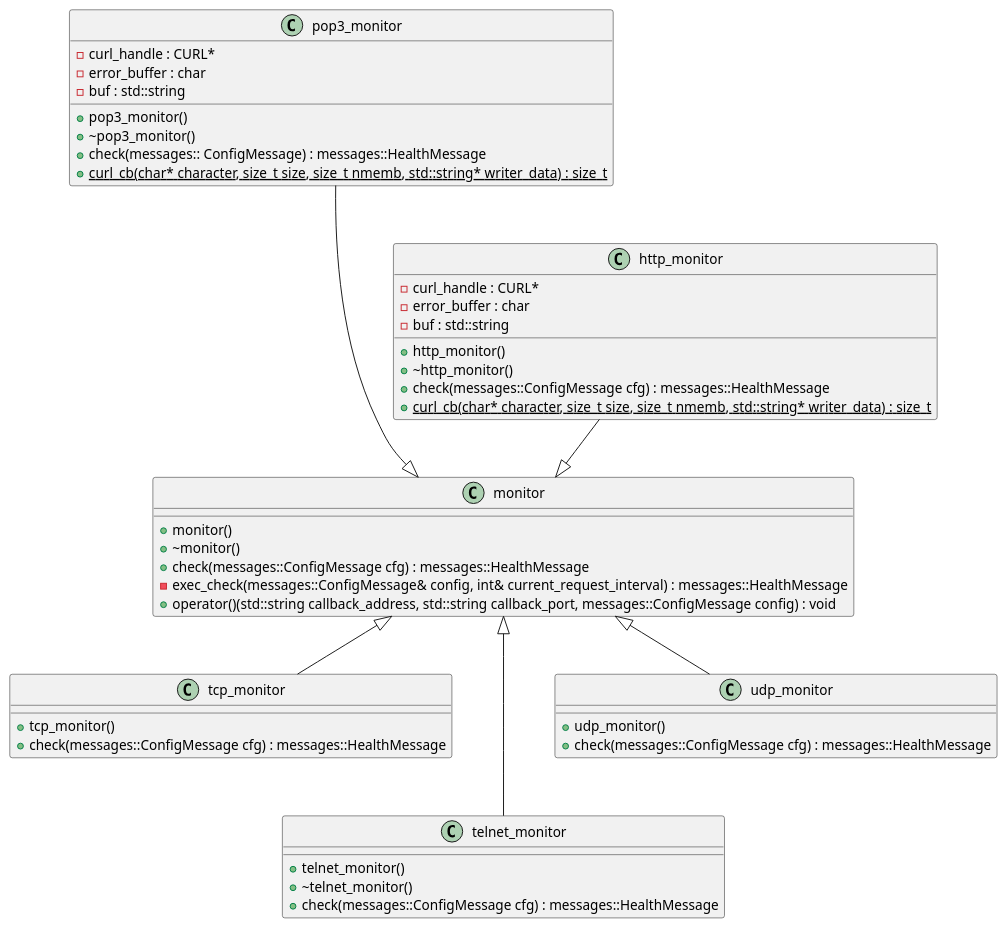
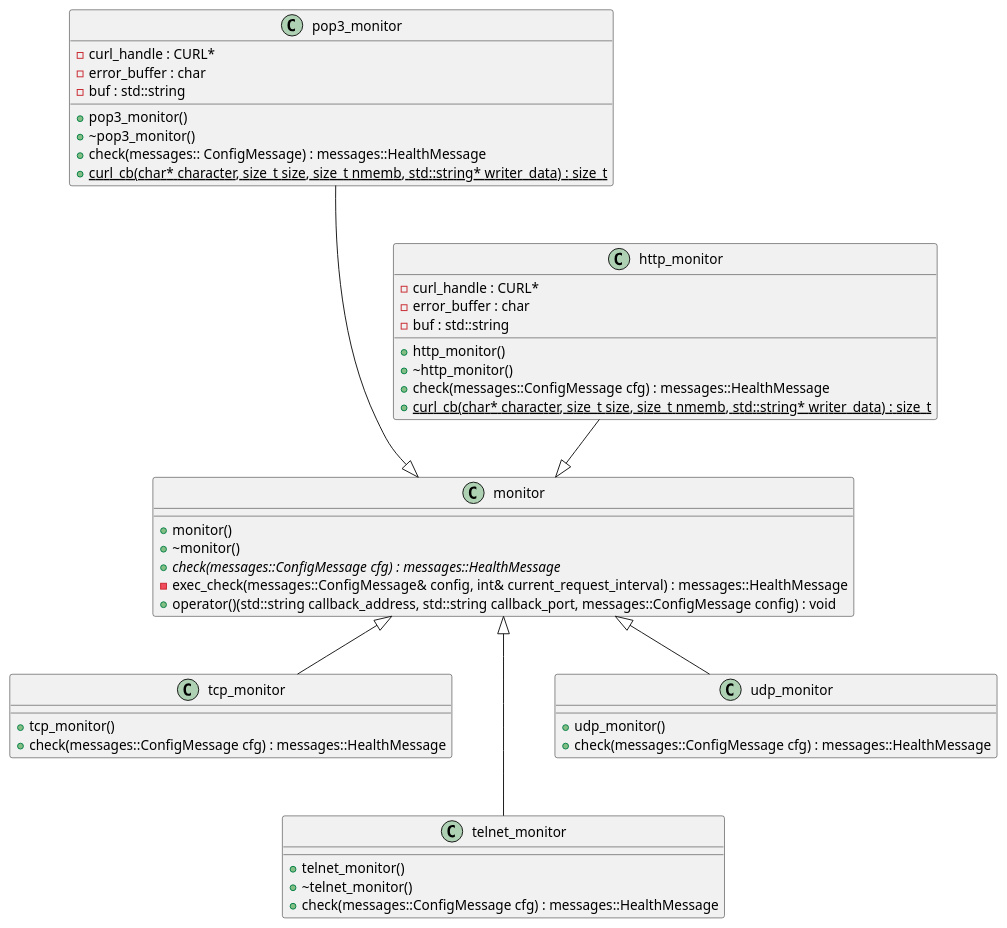
One commit to koenigsreiter/cpp_monitoring changed the diagram in ausarbeitung/UMLs/monitor_variations.puml. Above: the diagram before and after it, drawn with PlantUML. The commit also changed 8 other files, not shown here.

First line of the commit message:
Adds documentation to client & reworks the activity diagram

```diff
--- a/ausarbeitung/UMLs/monitor_variations.puml
+++ b/ausarbeitung/UMLs/monitor_variations.puml
@@ -1,62 +1,62 @@
 @startuml monitor_variations
 
 /' Objects '/
 
 class http_monitor {
 	+http_monitor()
 	+~http_monitor()
 	-curl_handle : CURL*
 	-error_buffer : char
 	+check(messages::ConfigMessage cfg) : messages::HealthMessage
 	+{static} curl_cb(char* character, size_t size, size_t nmemb, std::string* writer_data) : size_t
 	-buf : std::string
 }
 
 
 class monitor {
 	+monitor()
 	+~monitor()
-	+check(messages::ConfigMessage cfg) : messages::HealthMessage
+	+{abstract}check(messages::ConfigMessage cfg) : messages::HealthMessage
 	-exec_check(messages::ConfigMessage& config, int& current_request_interval) : messages::HealthMessage
 	+operator()(std::string callback_address, std::string callback_port, messages::ConfigMessage config) : void
 }
 
 
 class pop3_monitor {
 	+pop3_monitor()
 	+~pop3_monitor()
 	-curl_handle : CURL*
 	-error_buffer : char
 	+check(messages:: ConfigMessage) : messages::HealthMessage
 	+{static} curl_cb(char* character, size_t size, size_t nmemb, std::string* writer_data) : size_t
 	-buf : std::string
 }
 
 
 class tcp_monitor {
 	+tcp_monitor()
 	+check(messages::ConfigMessage cfg) : messages::HealthMessage
 }
 
 
 class telnet_monitor {
 	+telnet_monitor()
 	+~telnet_monitor()
 	+check(messages::ConfigMessage cfg) : messages::HealthMessage
 }
 
 
 class udp_monitor {
 	+udp_monitor()
 	+check(messages::ConfigMessage cfg) : messages::HealthMessage
 }
 
 /' Inheritance relationships '/
 
 monitor <|-up- http_monitor
 monitor <|-up-- pop3_monitor
 monitor <|-down- tcp_monitor
 monitor <|-down-- telnet_monitor
 monitor <|-down- udp_monitor
 
 @enduml
```
